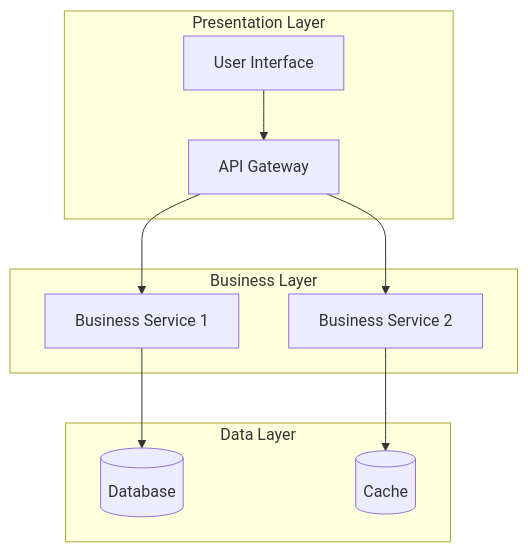
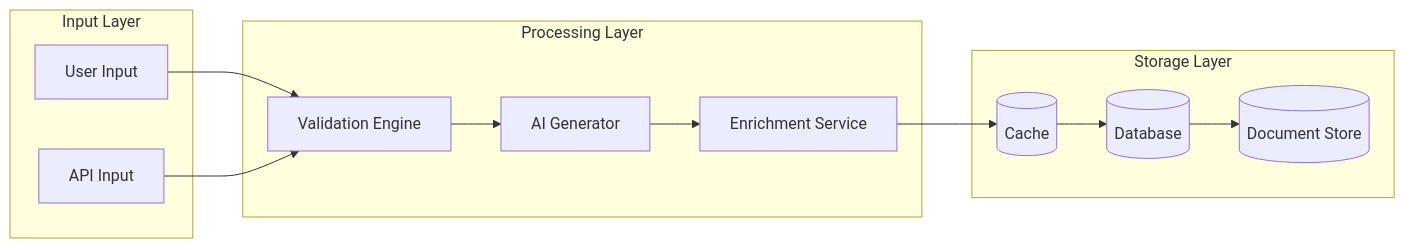
One commit to Chris-Lehnen-ICT-CONSULTING/Definitie-app-zakelijk changed the sixth of 12 diagrams in docs/architectuur/templates/SOLUTION_ARCHITECTURE_TEMPLATE.md. Above: the diagram before and after it, drawn with Mermaid. The commit also changed other lines of this file and 130 other files, not shown here.

First line of the commit message:
refactor: consolidate 89 architecture documents into 3 canonical documents

````diff
--- a/docs/architectuur/templates/SOLUTION_ARCHITECTURE_TEMPLATE.md
+++ b/docs/architectuur/templates/SOLUTION_ARCHITECTURE_TEMPLATE.md
@@ -31,23 +295,27 @@
 ```mermaid
-graph TB
-    subgraph "Presentation Layer"
-        UI[User Interface]
-        API[API Gateway]
+graph LR
+    subgraph "Input Layer"
+        USER[User Input]
+        API[API Input]
     end
 
-    subgraph "Business Layer"
-        BS1[Business Service 1]
-        BS2[Business Service 2]
+    subgraph "Processing Layer"
+        VALID[Validation Engine]
+        ENRICH[Enrichment Service]
+        AI[AI Generator]
     end
 
-    subgraph "Data Layer"
+    subgraph "Storage Layer"
+        CACHE[(Cache)]
         DB[(Database)]
-        Cache[(Cache)]
+        BLOB[(Document Store)]
     end
 
-    UI --> API
-    API --> BS1
-    API --> BS2
-    BS1 --> DB
-    BS2 --> Cache
+    USER --> VALID
+    API --> VALID
+    VALID --> AI
+    AI --> ENRICH
+    ENRICH --> CACHE
+    CACHE --> DB
+    DB --> BLOB
 ```
````
